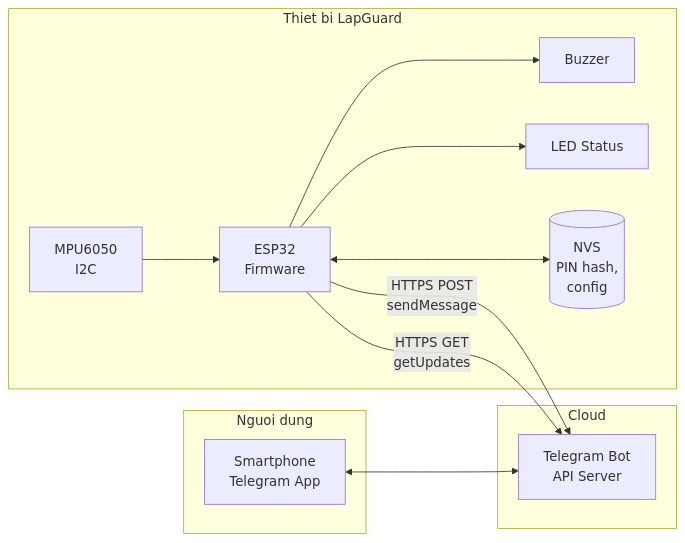
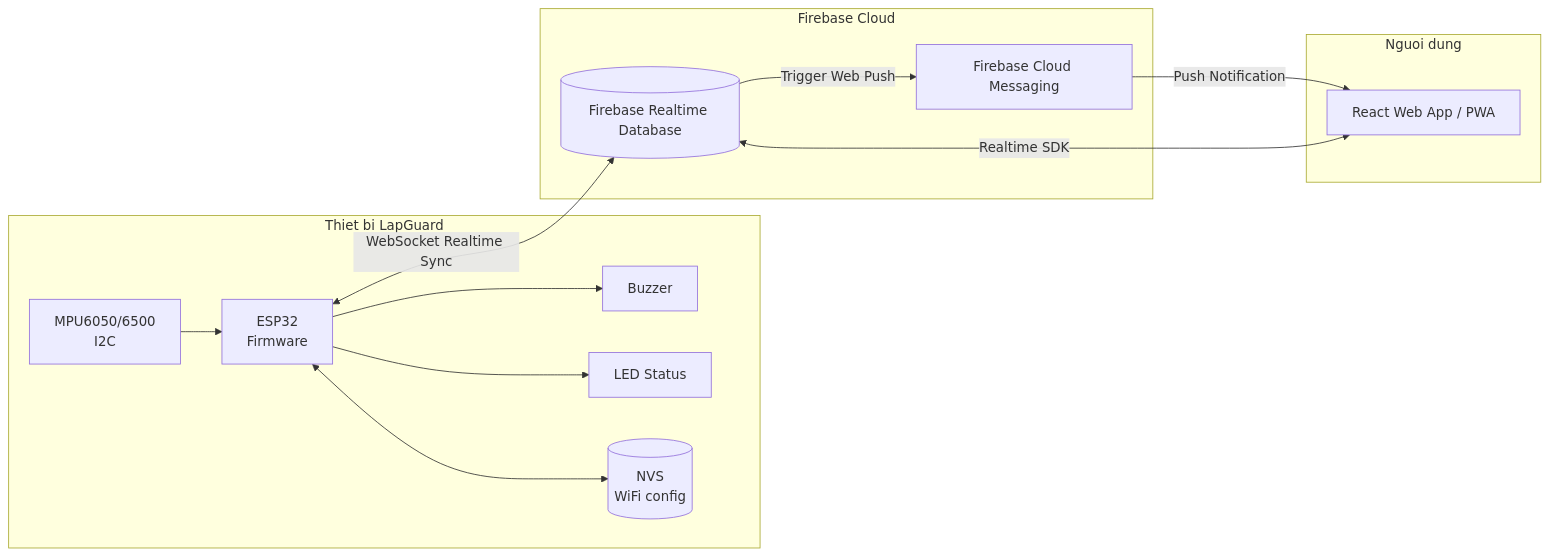
Before and after one commit to NHP234/AIoT: the second of 5 diagrams in docs/03-system-architecture.md, drawn with Mermaid. The commit also changed other lines of this file and 19 other files, not shown here.

Commit message:
feat: integrate Firebase RTDB, WiFiManager and remove Telegram/PIN auth

````diff
--- a/docs/03-system-architecture.md
+++ b/docs/03-system-architecture.md
@@ -39,29 +39,29 @@
 ```mermaid
 flowchart LR
     subgraph Device[Thiet bi LapGuard]
-        MPU[MPU6050<br/>I2C]
-        %% SW420[SW-420<br/>Digital - Option v2]
+        MPU[MPU6050/6500<br/>I2C]
         MCU[ESP32<br/>Firmware]
         BUZZ[Buzzer]
         LED[LED Status]
-        NVS[(NVS<br/>PIN hash,<br/>config)]
+        NVS[(NVS<br/>WiFi config)]
 
         MPU --> MCU
-        %% SW420 --> MCU (Option v2)
         MCU --> BUZZ
         MCU --> LED
         MCU <--> NVS
     end
 
-    subgraph Cloud[Cloud]
-        TG[Telegram Bot<br/>API Server]
+    subgraph Cloud[Firebase Cloud]
+        FB[(Firebase Realtime Database)]
+        FCM[Firebase Cloud Messaging]
     end
 
     subgraph User[Nguoi dung]
-        PHONE[Smartphone<br/>Telegram App]
+        APP[React Web App / PWA]
     end
 
-    MCU -- HTTPS POST<br/>sendMessage --> TG
-    MCU -- HTTPS GET<br/>getUpdates --> TG
-    PHONE <--> TG
+    MCU <-->|WebSocket Realtime Sync| FB
+    APP <-->|Realtime SDK| FB
+    FB -->|Trigger Web Push| FCM
+    FCM -->|Push Notification| APP
 ```
````
